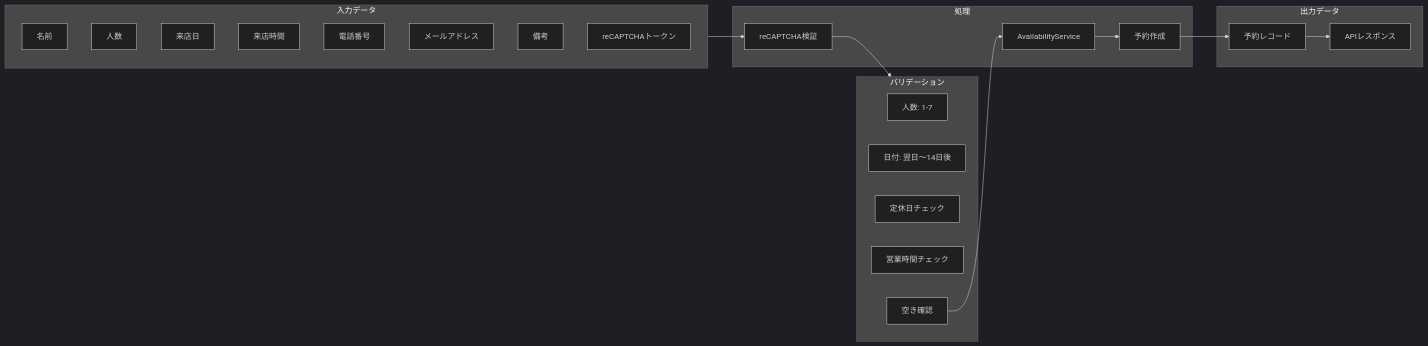
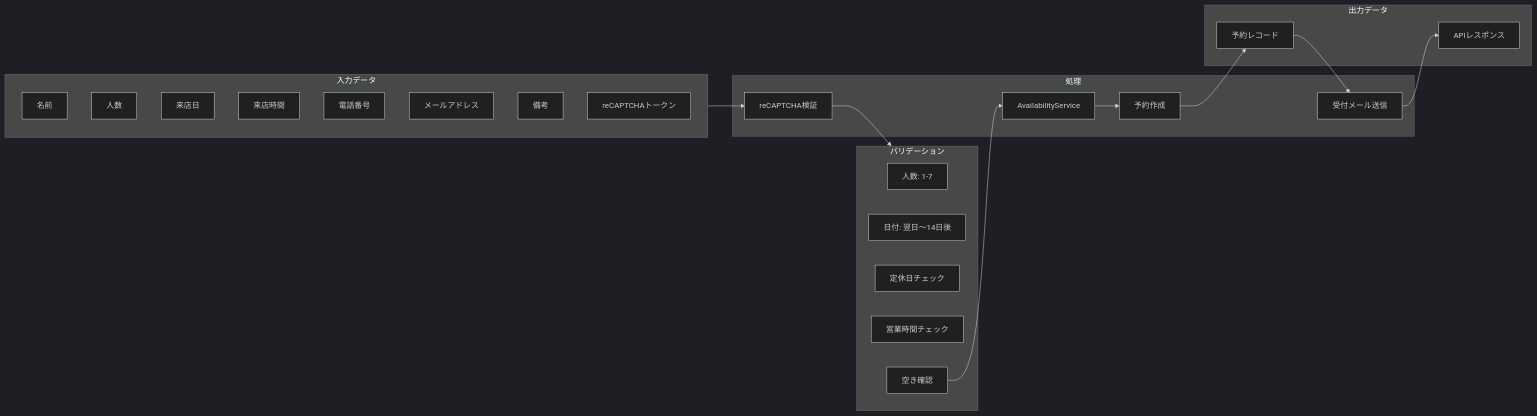
The second of 9 diagrams in docs/data_flow.md (cergijame101007/satehits), drawn with Mermaid (dark theme) before and after one commit. The commit also changed other lines of this file and 43 other files, not shown here.

````diff
--- a/docs/data_flow.md
+++ b/docs/data_flow.md
@@ -42,39 +48,41 @@
 ```mermaid
 flowchart LR
     subgraph Input[入力データ]
         Name[名前]
         People[人数]
         Date[来店日]
         Time[来店時間]
         Phone[電話番号]
         Email[メールアドレス]
         Note[備考]
         Token[reCAPTCHAトークン]
     end
 
     subgraph Validation[バリデーション]
         V1[人数: 1-7]
         V2[日付: 翌日〜14日後]
         V3[定休日チェック]
         V4[営業時間チェック]
         V5[空き確認]
     end
 
     subgraph Process[処理]
         ReCaptcha[reCAPTCHA検証]
         AvailService[AvailabilityService]
         Create[予約作成]
+        SendMail[受付メール送信]
     end
 
     subgraph Output[出力データ]
         Reservation[予約レコード]
         Response[APIレスポンス]
     end
 
     Input --> ReCaptcha
     ReCaptcha --> Validation
     V5 --> AvailService
     AvailService --> Create
     Create --> Reservation
-    Reservation --> Response
+    Reservation --> SendMail
+    SendMail --> Response
 ```
````
